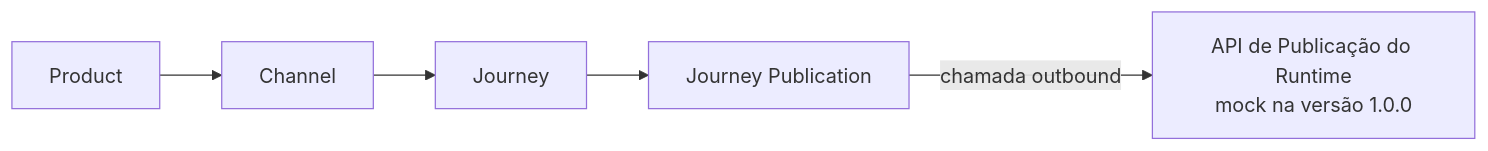
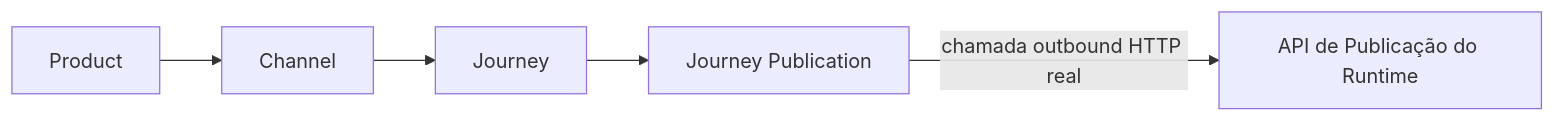
The fifth of 9 diagrams in requisitos/admin/ej-admin-arquitetura-logica.md (hermesnet-git/journey-admin), drawn with Mermaid before and after one commit. The commit also changed other lines of this file and 89 other files, not shown here.

````diff
--- a/requisitos/admin/ej-admin-arquitetura-logica.md
+++ b/requisitos/admin/ej-admin-arquitetura-logica.md
@@ -420,13 +431,13 @@
 ```mermaid
 flowchart LR
     PRODUCT[Product]
     CHANNEL[Channel]
     JOURNEY[Journey]
     PUBLICATION[Journey Publication]
-    RUNTIME_API[API de Publicação do Runtime<br/>mock na versão 1.0.0]
+    RUNTIME_API[API de Publicação do Runtime]
 
     PRODUCT --> CHANNEL
     CHANNEL --> JOURNEY
     JOURNEY --> PUBLICATION
-    PUBLICATION -->|chamada outbound| RUNTIME_API
+    PUBLICATION -->|chamada outbound HTTP real| RUNTIME_API
 ```
````
